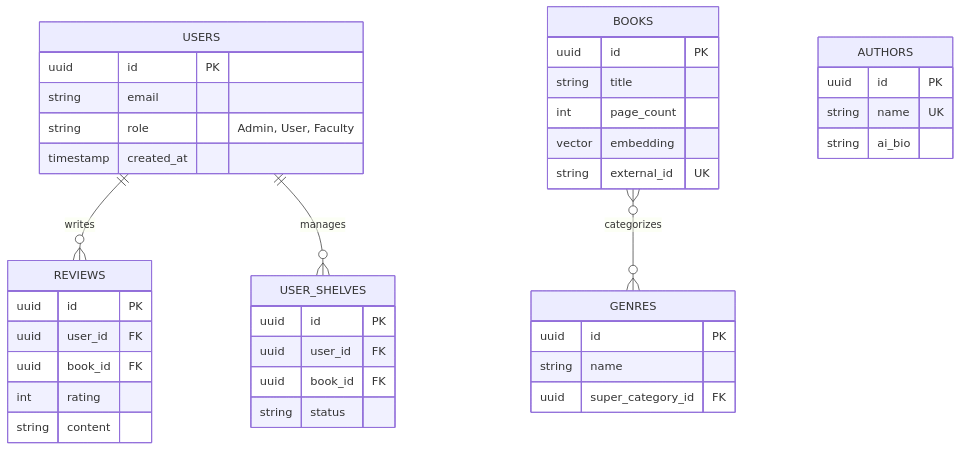
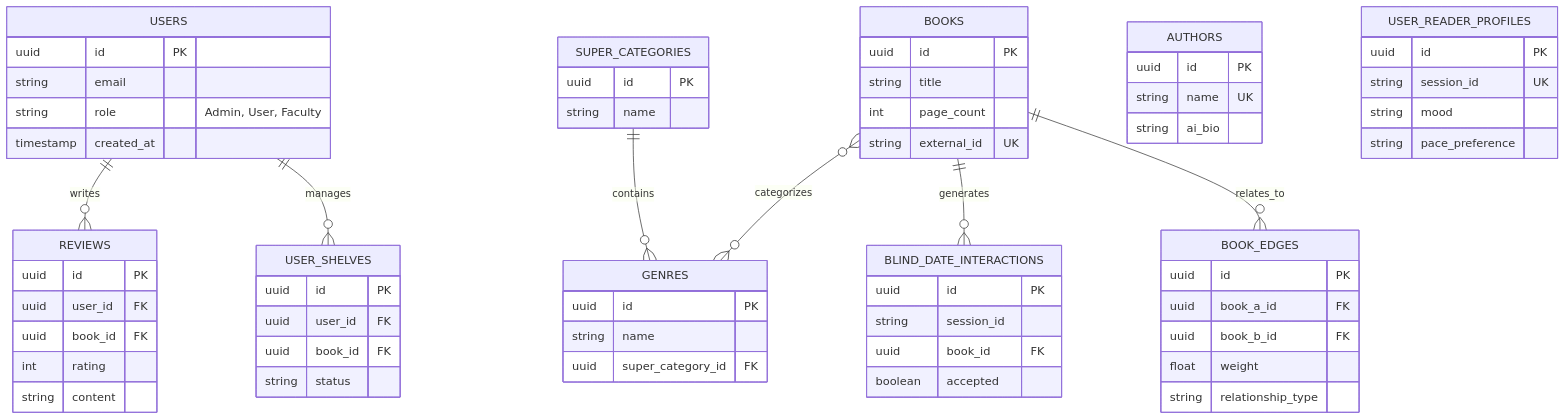
Before and after one commit to CodeBloodMe/book-store: the second of 2 diagrams in PROJECT_DOCUMENTATION.md, drawn with Mermaid. The commit also changed other lines of this file and 46 other files, not shown here.

Commit message:
feat(dbms): add schema enhancement migration, rule 7 evaluation metadata, and assessment package

````diff
--- a/PROJECT_DOCUMENTATION.md
+++ b/PROJECT_DOCUMENTATION.md
@@ -54,48 +54,77 @@
 ```mermaid
 erDiagram
     USERS ||--o{ REVIEWS : writes
     USERS ||--o{ USER_SHELVES : manages
+    SUPER_CATEGORIES ||--o{ GENRES : contains
+    BOOKS ||--o{ BLIND_DATE_INTERACTIONS : generates
+    BOOKS ||--o{ BOOK_EDGES : relates_to
+    BOOKS }o--o{ GENRES : categorizes
+    
     USERS {
         uuid id PK
         string email
         string role "Admin, User, Faculty"
         timestamp created_at
     }
     
-    %% Note: FKs for Reviews, Shelves, and Authors to Books are currently missing in live DB
-    BOOKS }o--o{ GENRES : categorizes
     BOOKS {
         uuid id PK
         string title
         int page_count
-        vector embedding
         string external_id UK
     }
     
     AUTHORS {
         uuid id PK
         string name UK
         string ai_bio
     }
     
     REVIEWS {
         uuid id PK
         uuid user_id FK
         uuid book_id FK
         int rating
         string content
     }
     
     USER_SHELVES {
         uuid id PK
         uuid user_id FK
         uuid book_id FK
         string status
     }
     
     GENRES {
         uuid id PK
         string name
         uuid super_category_id FK
     }
+
+    SUPER_CATEGORIES {
+        uuid id PK
+        string name
+    }
+
+    BOOK_EDGES {
+        uuid id PK
+        uuid book_a_id FK
+        uuid book_b_id FK
+        float weight
+        string relationship_type
+    }
+
+    USER_READER_PROFILES {
+        uuid id PK
+        string session_id UK
+        string mood
+        string pace_preference
+    }
+
+    BLIND_DATE_INTERACTIONS {
+        uuid id PK
+        string session_id
+        uuid book_id FK
+        boolean accepted
+    }
 ```
````
